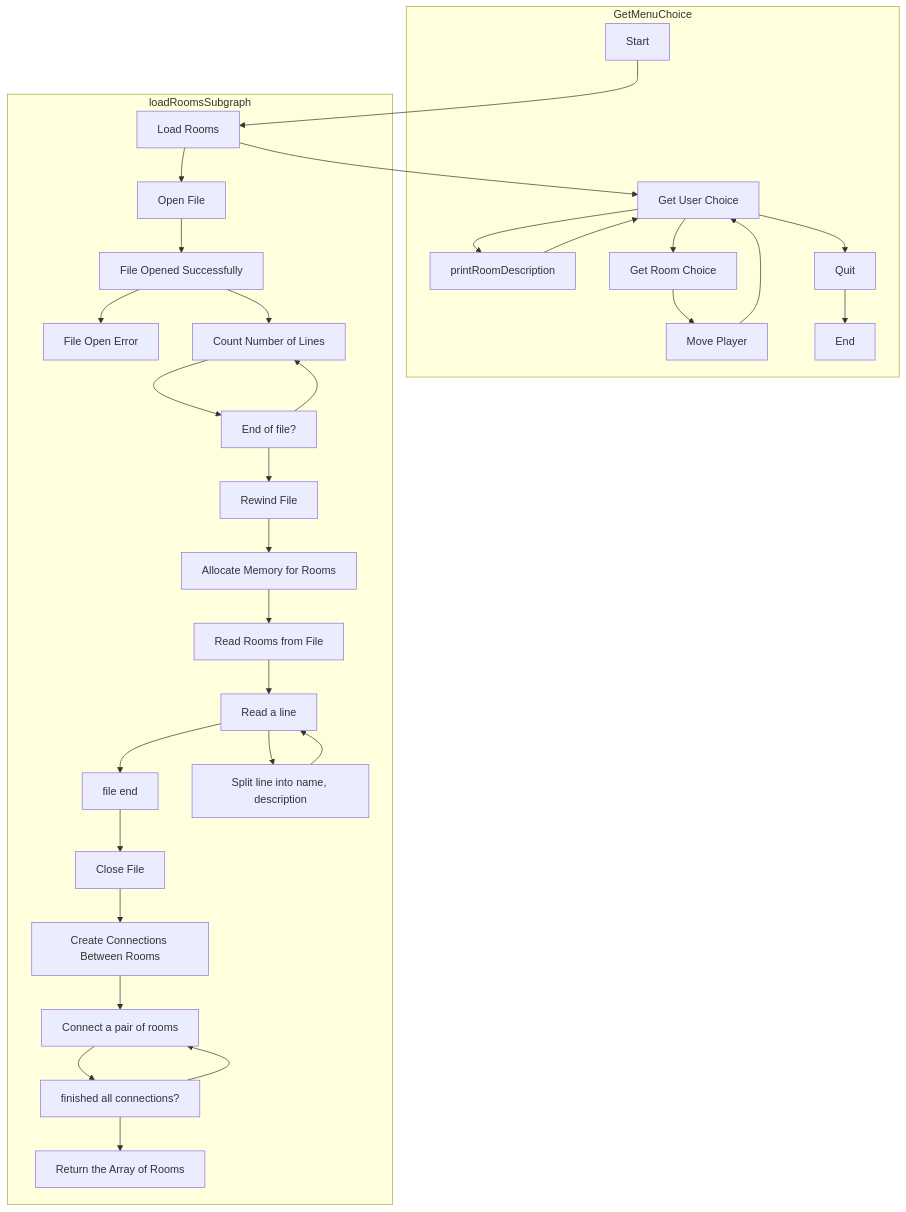
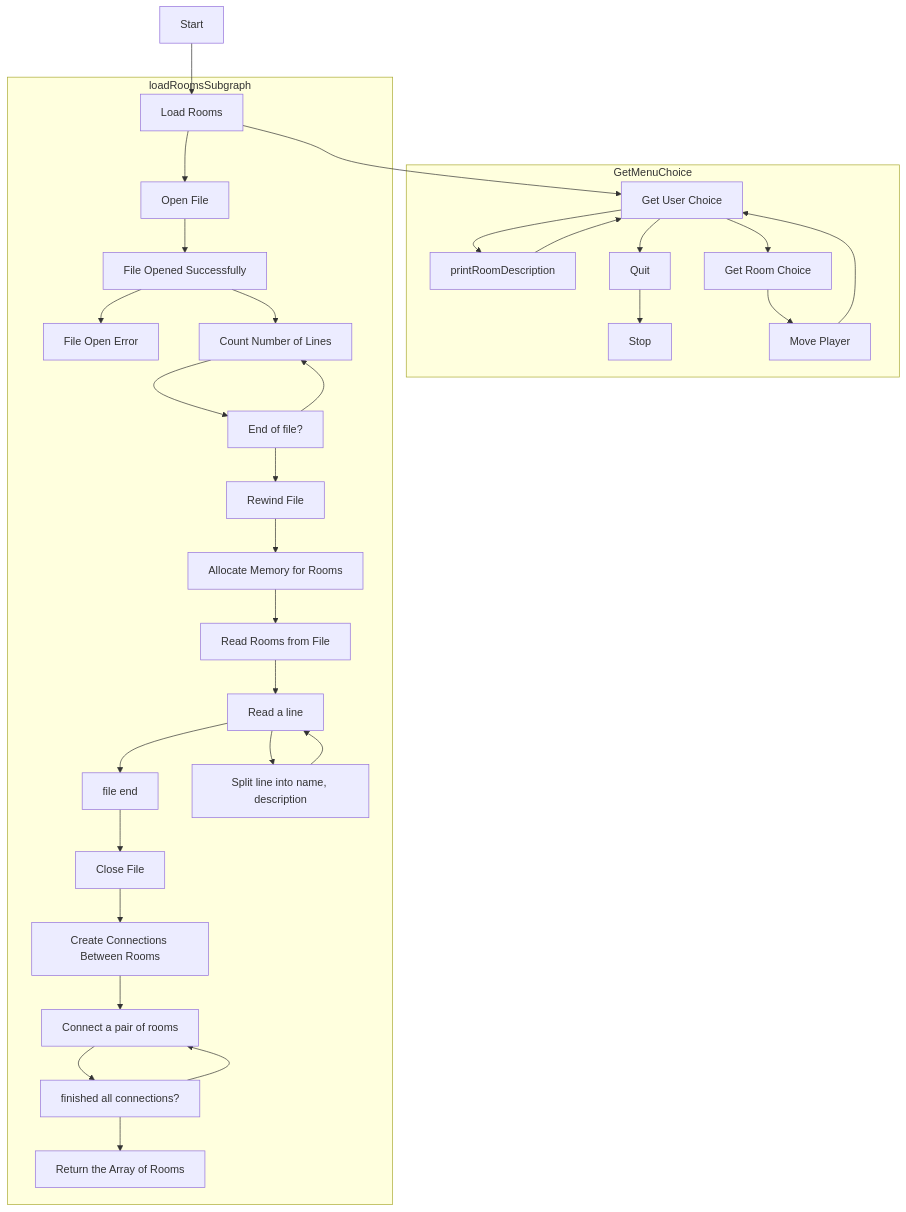
One commit to iiCHROME17/TextAdventureCGame changed the diagram in diagrams.md. Above: the diagram before and after it, drawn with Mermaid.

````diff
--- a/diagrams.md
+++ b/diagrams.md
@@ -1,65 +1,64 @@
 ```mermaid
 
 
 
 graph TD
 
 
-start --> loadRooms[Load Rooms]
+start[Start] --> loadRooms[Load Rooms]
 loadRooms --> getMenuChoice
+stop[End]
+
 
 subgraph GetMenuChoice
-start[Start]
 
+  printRoomDescription --> getMenuChoice[Get User Choice]
 
-printRoomDescription --> getMenuChoice[Get User Choice]
+  getMenuChoice --> printRoomDescription
 
-getMenuChoice --> printRoomDescription
+  getMenuChoice --> getRoomChoice[Get Room Choice]
 
-getMenuChoice --> getRoomChoice[Get Room Choice]
+  getMenuChoice --> quitGame[Quit]
 
-getMenuChoice --> quitGame[Quit]
+  getRoomChoice --> movePlayer[Move Player]
 
-getRoomChoice --> movePlayer[Move Player]
+  movePlayer --> getMenuChoice
 
-movePlayer --> getMenuChoice
+  quitGame --> stop[Stop]
 
-quitGame --> stop[Stop]
-
-stop[End]
 end
 
 subgraph loadRoomsSubgraph
 
   loadRooms[Load Rooms]
 
   loadRooms --> openFile[Open File]
 
   openFile --> checkFile[File Opened Successfully]
   checkFile --> exit[File Open Error]
   
   checkFile --> countLines[Count Number of Lines]
   
   countLines --> reachedEnd[End of file?]
   reachedEnd --> countLines
   reachedEnd --> rewindFile
   rewindFile[Rewind File]
 
   rewindFile --> allocateMemory[Allocate Memory for Rooms]
 
   allocateMemory --> readRooms[Read Rooms from File]
   readRooms --> getLine[Read a line]
   getLine --> endOfFile[file end]
   getLine --> processLine[Split line into name, description]
   processLine --> getLine
   endOfFile --> closeFile[Close File]
   
   closeFile --> createConnections[Create Connections Between Rooms]
   createConnections --> connectOne[Connect a pair of rooms]
   connectOne --> allDone[finished all connections?]
   allDone --> connectOne
   
   allDone --> returnRooms[Return the Array of Rooms]
 
 end
 ```
````
